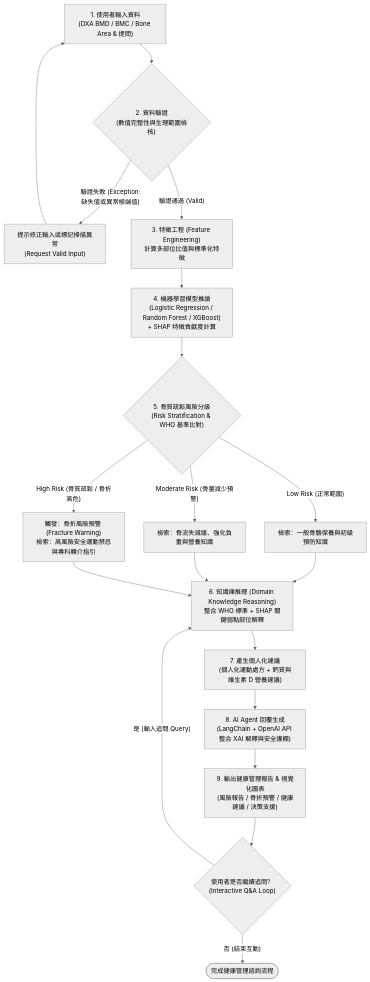
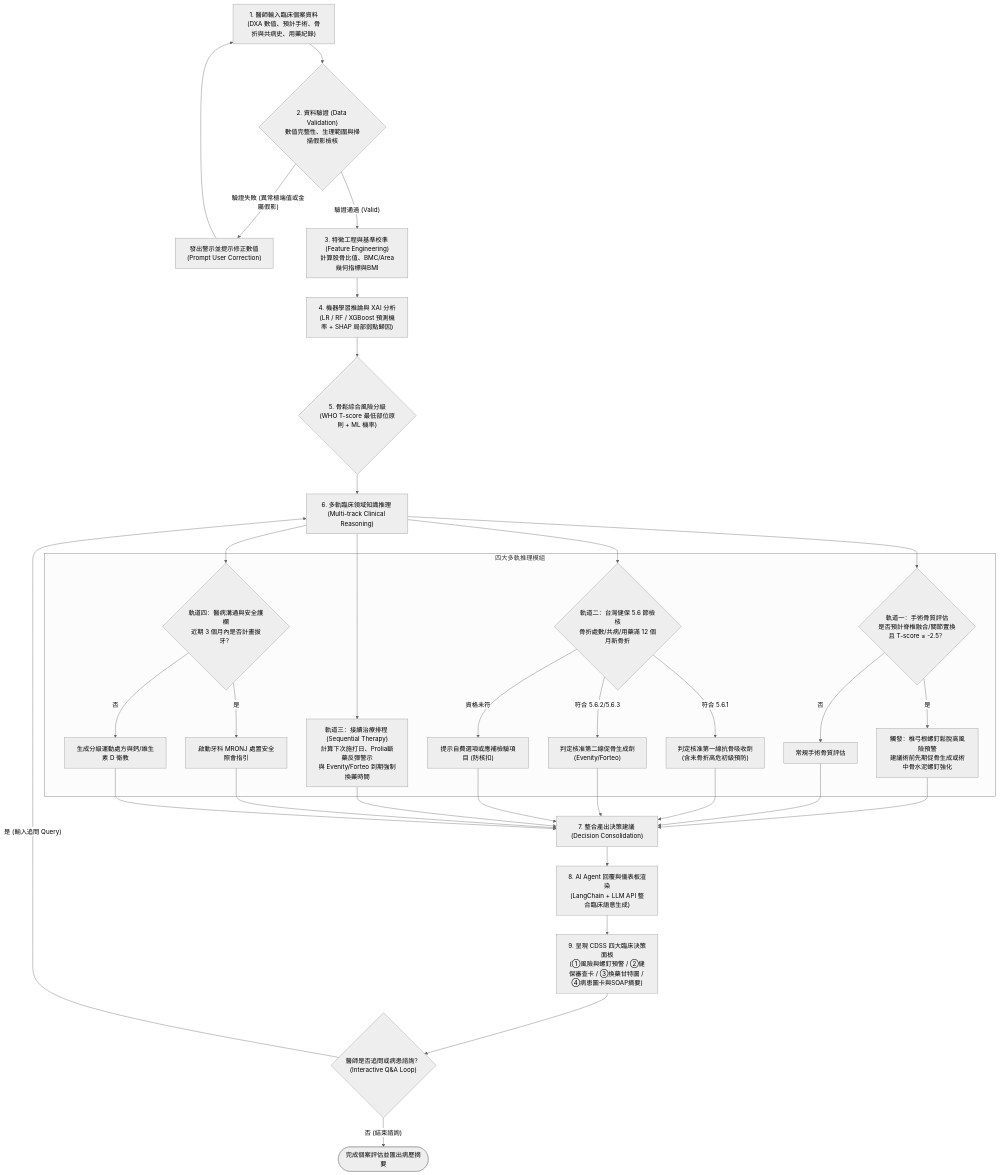
One commit to contemplator/nchu-bone-health-agent changed the second of 2 diagrams in PROPOSAL.md. Above: the diagram before and after it, drawn with Mermaid (neutral theme). The commit also changed other lines of this file and 2 other files, not shown here.

````diff
--- a/PROPOSAL.md
+++ b/PROPOSAL.md
@@ -313,28 +338,52 @@
 ```mermaid
 flowchart TD
-    A["1. 使用者輸入資料<br/>(DXA BMD / BMC / Bone Area & 提問)"] --> B{"2. 資料驗證<br/>(數值完整性與生理範圍檢核)"}
+    A["1. 醫師輸入臨床個案資料<br/>(DXA 數值、預計手術、骨折與共病史、用藥紀錄)"] --> B{"2. 資料驗證 (Data Validation)<br/>數值完整性、生理範圍與掃描假影檢核"}
     
-    B -- "驗證失敗 (Exception:<br/>缺失值或異常極端值)" --> B_ERR["提示修正輸入或標記掃描異常<br/>(Request Valid Input)"]
+    B -- "驗證失敗 (異常極端值或金屬假影)" --> B_ERR["發出警示並提示修正數值<br/>(Prompt User Correction)"]
     B_ERR --> A
     
-    B -- "驗證通過 (Valid)" --> C["3. 特徵工程 (Feature Engineering)<br/>計算多部位比值與標準化特徵"]
-    C --> D["4. 機器學習模型推論<br/>(Logistic Regression / Random Forest / XGBoost)<br/>+ SHAP 特徵貢獻度計算"]
+    B -- "驗證通過 (Valid)" --> C["3. 特徵工程與基準校準 (Feature Engineering)<br/>計算股骨比值、BMC/Area幾何指標與BMI"]
+    C --> D["4. 機器學習推論與 XAI 分析<br/>(LR / RF / XGBoost 預測機率 + SHAP 局部弱點歸因)"]
     
-    D --> E{"5. 骨質疏鬆風險分級<br/>(Risk Stratification & WHO 基準比對)"}
+    D --> E{"5. 骨鬆綜合風險分級<br/>(WHO T-score 最低部位原則 + ML 機率)"}
     
-    E -- "Low Risk (正常範圍)" --> F1["檢索：一般骨骼保養與初級預防知識"]
-    E -- "Moderate Risk (骨量減少預警)" --> F2["檢索：骨流失減緩、強化負重與營養知識"]
-    E -- "High Risk (骨質疏鬆 / 骨折高危)" --> F3["觸發：骨折風險預警 (Fracture Warning)<br/>檢索：高風險安全運動禁忌與專科轉介指引"]
+    E --> F["6. 多軌臨床領域知識推理 (Multi-track Clinical Reasoning)"]
     
-    F1 --> F["6. 知識庫推理 (Domain Knowledge Reasoning)<br/>整合 WHO 標準 + SHAP 關鍵弱點部位解釋"]
-    F2 --> F
-    F3 --> F
+    subgraph Multi_Track_Reasoning ["四大多軌推理模組"]
+        F1{"軌道一：手術骨質評估<br/>是否預計脊椎融合/關節置換<br/>且 T-score ≤ -2.5？"}
+        F1 -- "是" --> F1_ALERT["觸發：椎弓根螺釘鬆脫高風險預警<br/>建議術前先期促骨生成或術中骨水泥螺釘強化"]
+        F1 -- "否" --> F1_SAFE["常規手術骨質評估"]
+        
+        F2{"軌道二：台灣健保 5.6 節檢核<br/>骨折處數/共病/用藥滿 12 個月新骨折"}
+        F2 -- "符合 5.6.1" --> F2_1["判定核准第一線抗骨吸收劑<br/>(含未骨折高危初級預防)"]
+        F2 -- "符合 5.6.2/5.6.3" --> F2_2["判定核准第二線促骨生成劑<br/>(Evenity/Forteo)"]
+        F2 -- "資格未符" --> F2_3["提示自費選項或應補檢驗項目 (防核扣)"]
+        
+        F3["軌道三：接續治療排程 (Sequential Therapy)<br/>計算下次施打日、Prolia斷藥反彈警示<br/>與 Evenity/Forteo 到期強制換藥時間"]
+        
+        F4{"軌道四：醫病溝通與安全護欄<br/>近期 3 個月內是否計畫拔牙？"}
+        F4 -- "是" --> F4_ALERT["啟動牙科 MRONJ 處置安全照會指引"]
+        F4 -- "否" --> F4_PLAN["生成分級運動處方與鈣/維生素 D 衛教"]
+    end
     
-    F --> G["7. 產生個人化建議<br/>(個人化運動處方 + 鈣質與維生素 D 營養建議)"]
-    G --> H["8. AI Agent 回覆生成<br/>(LangChain + OpenAI API 整合 XAI 解釋與安全護欄)"]
-    H --> I["9. 輸出健康管理報告 & 視覺化圖表<br/>(風險報告 / 骨折預警 / 健康建議 / 決策支援)"]
+    F --> F1
+    F --> F2
+    F --> F3
+    F --> F4
     
-    I --> J{"使用者是否繼續追問？<br/>(Interactive Q&A Loop)"}
+    F1_ALERT --> G["7. 整合產出決策建議 (Decision Consolidation)"]
+    F1_SAFE --> G
+    F2_1 --> G
+    F2_2 --> G
+    F2_3 --> G
+    F3 --> G
+    F4_ALERT --> G
+    F4_PLAN --> G
+    
+    G --> H["8. AI Agent 回覆與儀表板渲染<br/>(LangChain + LLM API 整合臨床語意生成)"]
+    H --> I["9. 呈現 CDSS 四大臨床決策面板<br/>(①風險與螺釘預警 / ②健保審查卡 / ③換藥甘特圖 / ④病患圖卡與SOAP摘要)"]
+    
+    I --> J{"醫師是否追問或病患諮詢？<br/>(Interactive Q&A Loop)"}
     J -- "是 (輸入追問 Query)" --> F
-    J -- "否 (結束互動)" --> K(["完成健康管理諮詢流程"])
+    J -- "否 (結束諮詢)" --> K(["完成個案評估並匯出病歷摘要"])
 ```
````
